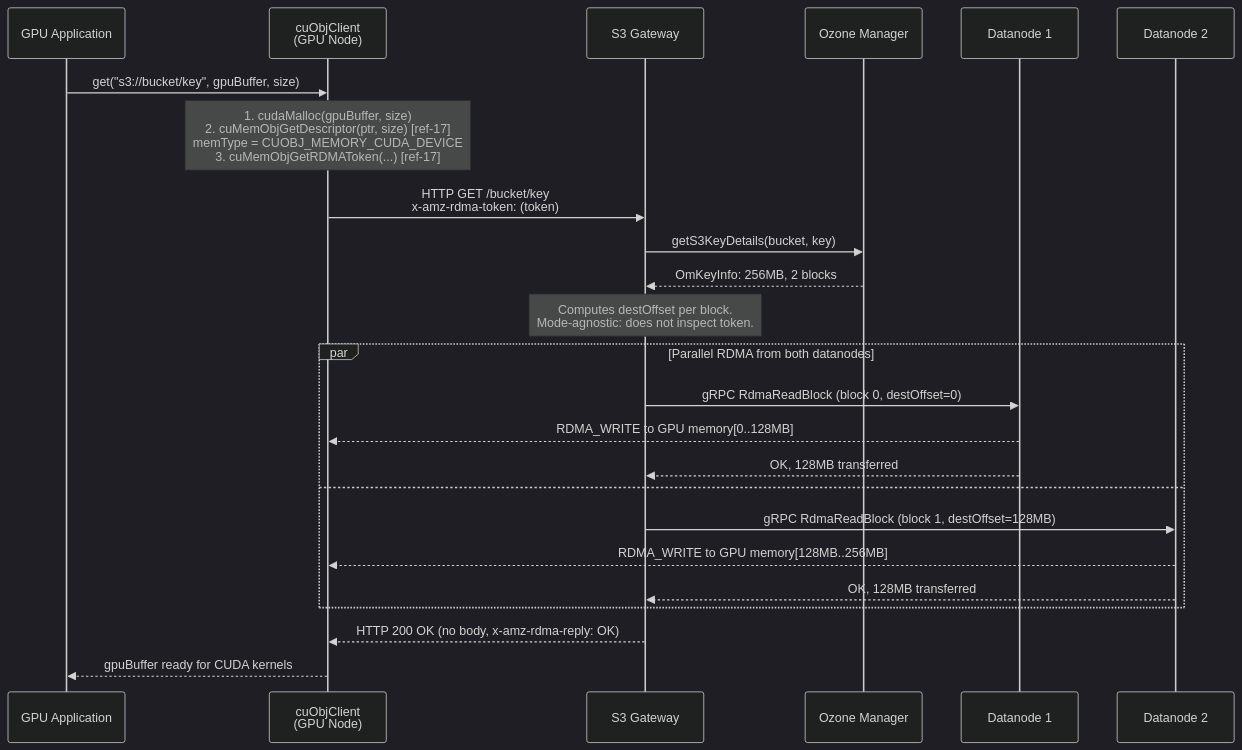
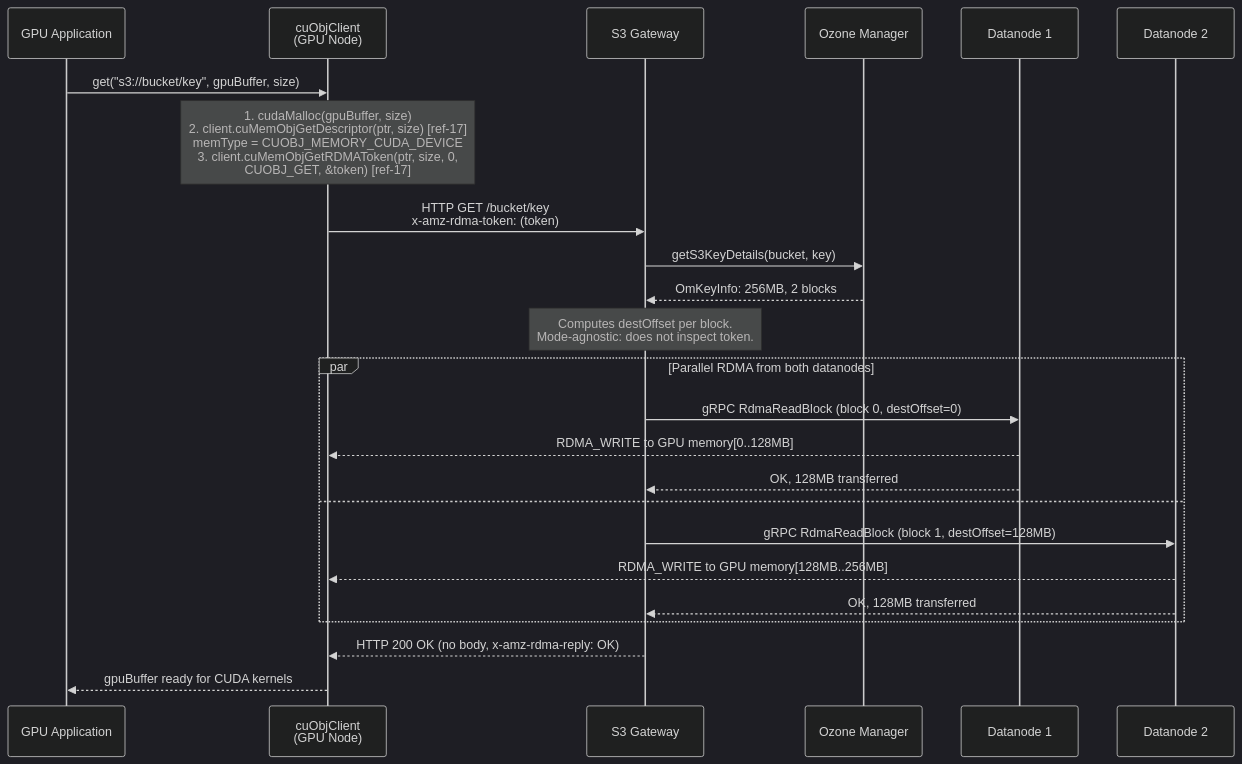
The second of 6 diagrams in docs/gds-dn-direct-rdma-implementation-spec.md (ptlrs/ozone), drawn with Mermaid (dark theme) before and after one commit. The commit also changed other lines of this file, not shown here.

````diff
--- a/docs/gds-dn-direct-rdma-implementation-spec.md
+++ b/docs/gds-dn-direct-rdma-implementation-spec.md
@@ -349,32 +366,32 @@
 ```mermaid
 sequenceDiagram
   participant App as GPU Application
   participant cuObj as cuObjClient<br/>(GPU Node)
   participant GW as S3 Gateway
   participant OM as Ozone Manager
   participant DN1 as Datanode 1
   participant DN2 as Datanode 2
 
   App ->> cuObj: get("s3://bucket/key", gpuBuffer, size)
-  Note over cuObj: 1. cudaMalloc(gpuBuffer, size)<br/>2. cuMemObjGetDescriptor(ptr, size) [ref-17]<br/>   memType = CUOBJ_MEMORY_CUDA_DEVICE<br/>3. cuMemObjGetRDMAToken(...) [ref-17]
+  Note over cuObj: 1. cudaMalloc(gpuBuffer, size)<br/>2. client.cuMemObjGetDescriptor(ptr, size) [ref-17]<br/>   memType = CUOBJ_MEMORY_CUDA_DEVICE<br/>3. client.cuMemObjGetRDMAToken(ptr, size, 0,<br/>   CUOBJ_GET, &token) [ref-17]
 
   cuObj ->> GW: HTTP GET /bucket/key<br/>x-amz-rdma-token: (token)
 
   GW ->> OM: getS3KeyDetails(bucket, key)
   OM -->> GW: OmKeyInfo: 256MB, 2 blocks
 
   Note over GW: Computes destOffset per block.<br/>Mode-agnostic: does not inspect token.
 
   par Parallel RDMA from both datanodes
     GW ->> DN1: gRPC RdmaReadBlock (block 0, destOffset=0)
     DN1 -->> cuObj: RDMA_WRITE to GPU memory[0..128MB]
     DN1 -->> GW: OK, 128MB transferred
   and
     GW ->> DN2: gRPC RdmaReadBlock (block 1, destOffset=128MB)
     DN2 -->> cuObj: RDMA_WRITE to GPU memory[128MB..256MB]
     DN2 -->> GW: OK, 128MB transferred
   end
 
   GW -->> cuObj: HTTP 200 OK (no body, x-amz-rdma-reply: OK)
   cuObj -->> App: gpuBuffer ready for CUDA kernels
 ```
````
